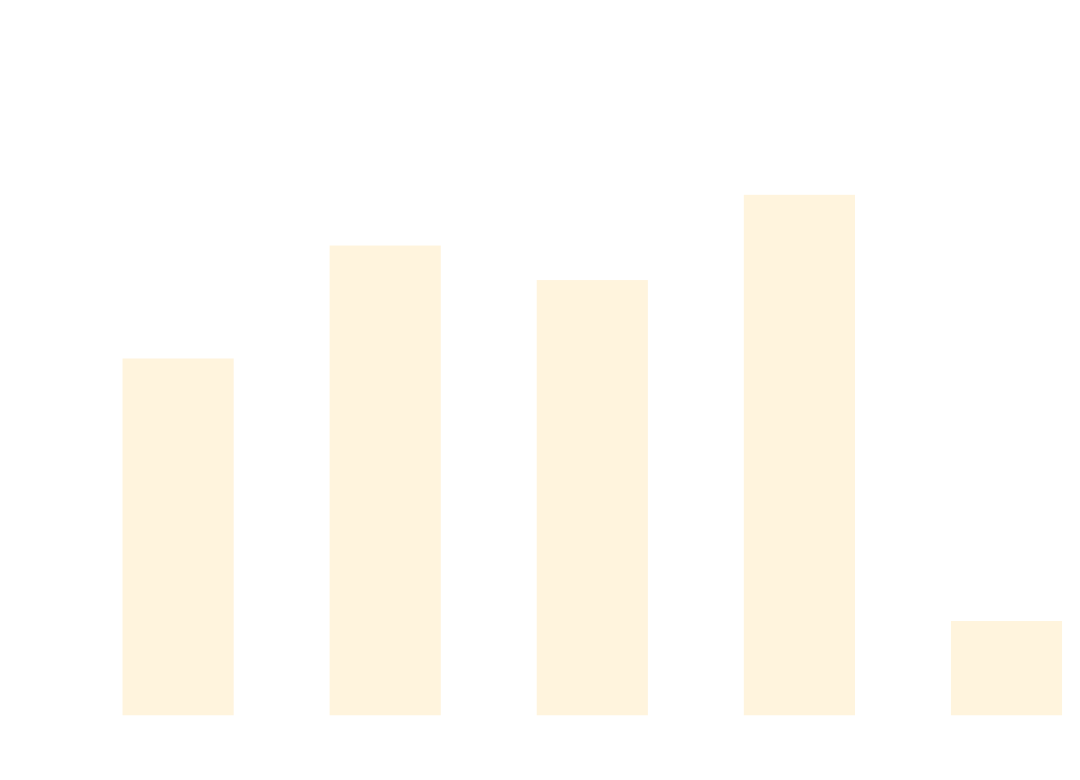
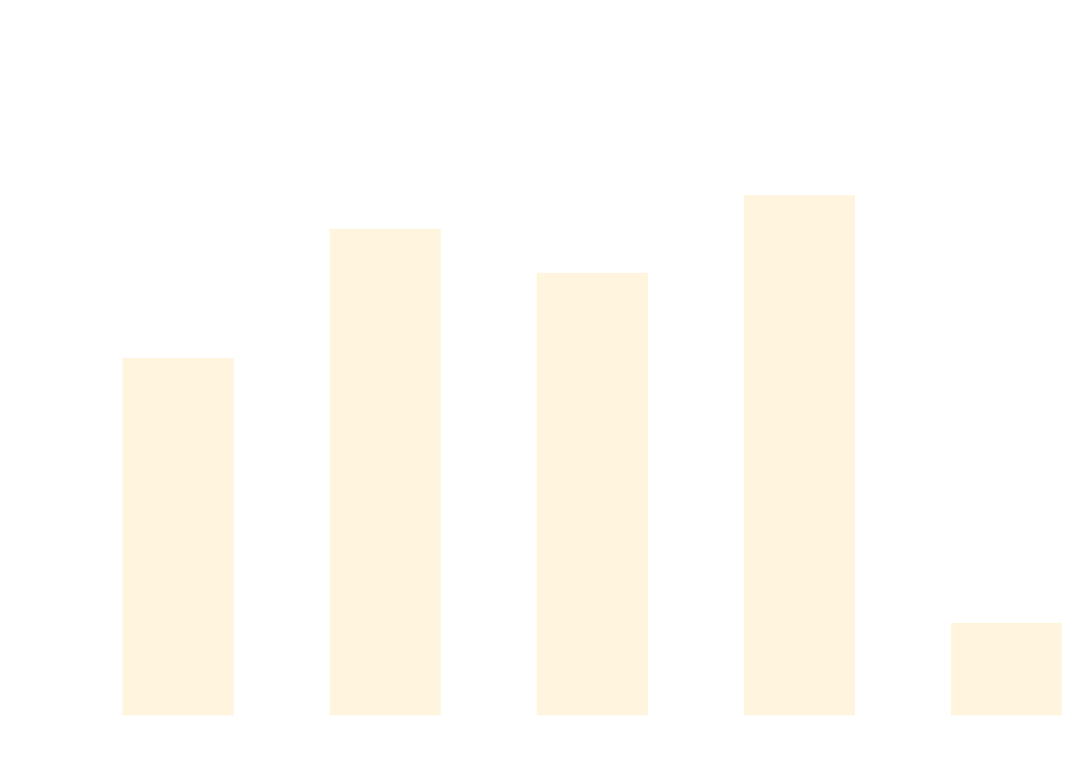
One commit to thomhurst/TUnit changed the diagram in docs/docs/benchmarks/AsyncTests.md. Above: the diagram before and after it, drawn with Mermaid. The commit also changed other lines of this file and 17 other files, not shown here.

````diff
--- a/docs/docs/benchmarks/AsyncTests.md
+++ b/docs/docs/benchmarks/AsyncTests.md
@@ -27,37 +27,37 @@
 ```mermaid
 %%{init: {
   'theme':'base',
   'themeVariables': {
     'primaryColor': '#2563eb',
     'primaryTextColor': '#ffffff',
     'primaryBorderColor': '#1e40af',
     'lineColor': '#6b7280',
     'secondaryColor': '#7c3aed',
     'tertiaryColor': '#dc2626',
     'background': '#ffffff',
     'mainBkg': '#2563eb',
     'secondBkg': '#7c3aed',
     'tertiaryBkg': '#dc2626',
     'clusterBkg': '#f3f4f6',
     'edgeLabelBackground': '#ffffff',
     'tertiaryTextColor': '#1f2937',
     'pie1': '#2563eb',
     'pie2': '#7c3aed',
     'pie3': '#dc2626',
     'pie4': '#f59e0b',
     'pie5': '#10b981',
     'pie6': '#06b6d4',
     'pie7': '#ec4899',
     'pie8': '#6366f1',
     'pie9': '#84cc16',
     'pie10': '#f97316',
     'pie11': '#14b8a6',
     'pie12': '#a855f7'
   }
 }}%%
 xychart-beta
   title "AsyncTests Performance Comparison"
   x-axis ["TUnit", "NUnit", "MSTest", "xUnit3", "TUnit_AOT"]
-  y-axis "Time (ms)" 0 --> 903
-  bar [510.3, 677.4, 626.3, 752.4, 122]
+  y-axis "Time (ms)" 0 --> 929
+  bar [525.6, 722.4, 655.4, 773.6, 122.7]
 ```
````
